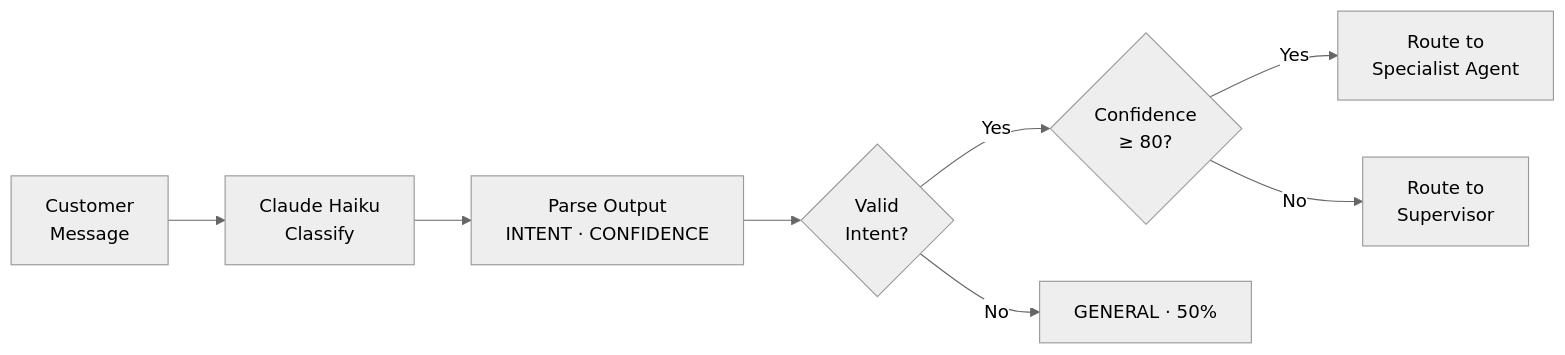
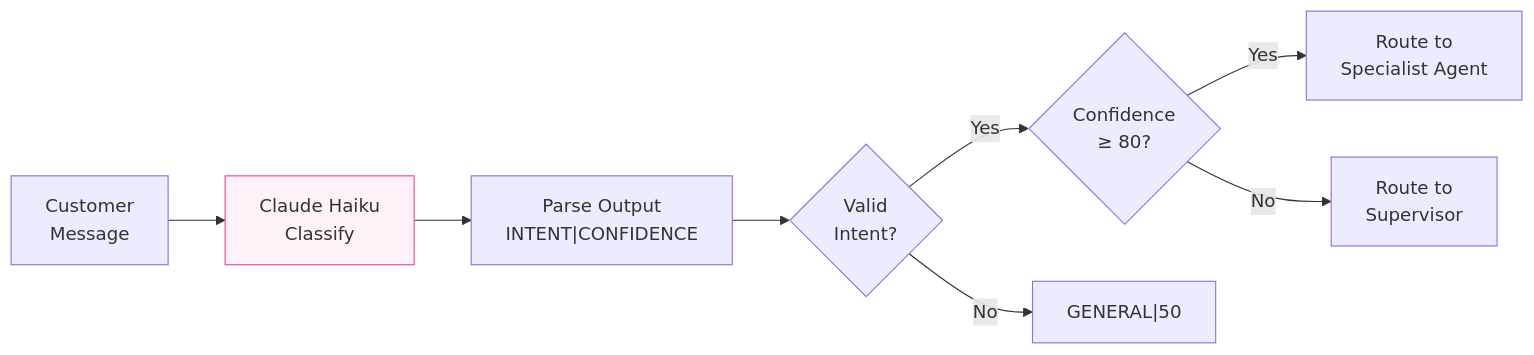
Before and after one commit to EminDurmuSS/lookfor-hackathon: the third of 14 diagrams in README.md, drawn with Mermaid. The commit also changed other lines of this file, not shown here.

````diff
--- a/README.md
+++ b/README.md
@@ -182,11 +218,12 @@
 ```mermaid
-%%{init: {'theme': 'neutral'}}%%
 flowchart LR
     MSG["Customer<br/>Message"] --> HAIKU["Claude Haiku<br/>Classify"]
-    HAIKU --> PARSE["Parse Output<br/>INTENT · CONFIDENCE"]
+    HAIKU --> PARSE["Parse Output<br/>INTENT|CONFIDENCE"]
     PARSE --> VALID{"Valid<br/>Intent?"}
     VALID -->|Yes| CONF{"Confidence<br/>≥ 80?"}
-    VALID -->|No| GEN["GENERAL · 50%"]
+    VALID -->|No| GEN["GENERAL|50"]
     CONF -->|Yes| AGENT["Route to<br/>Specialist Agent"]
     CONF -->|No| SUPER["Route to<br/>Supervisor"]
+
+    style HAIKU fill:#fdf2f8,stroke:#ec4899
 ```
````
